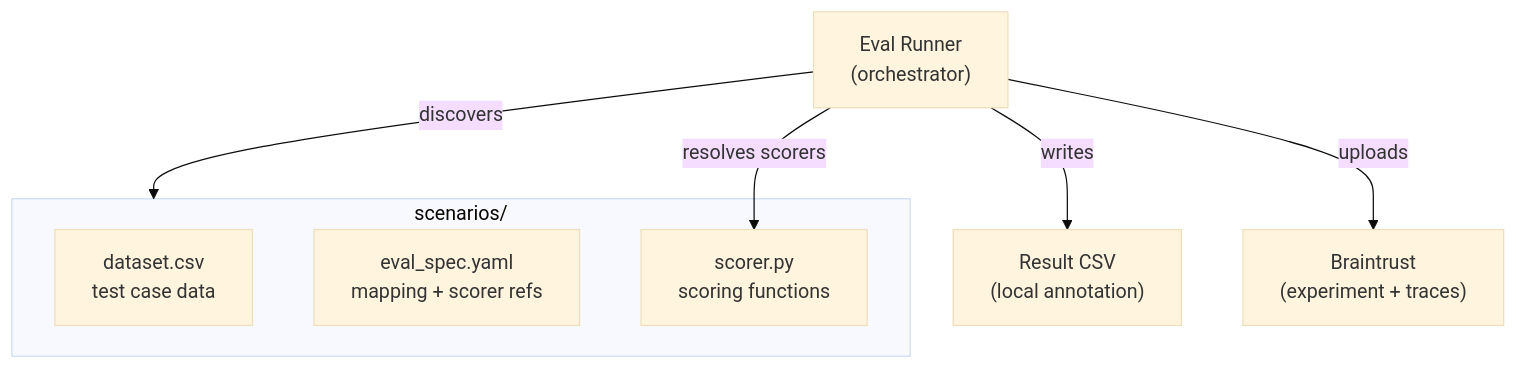
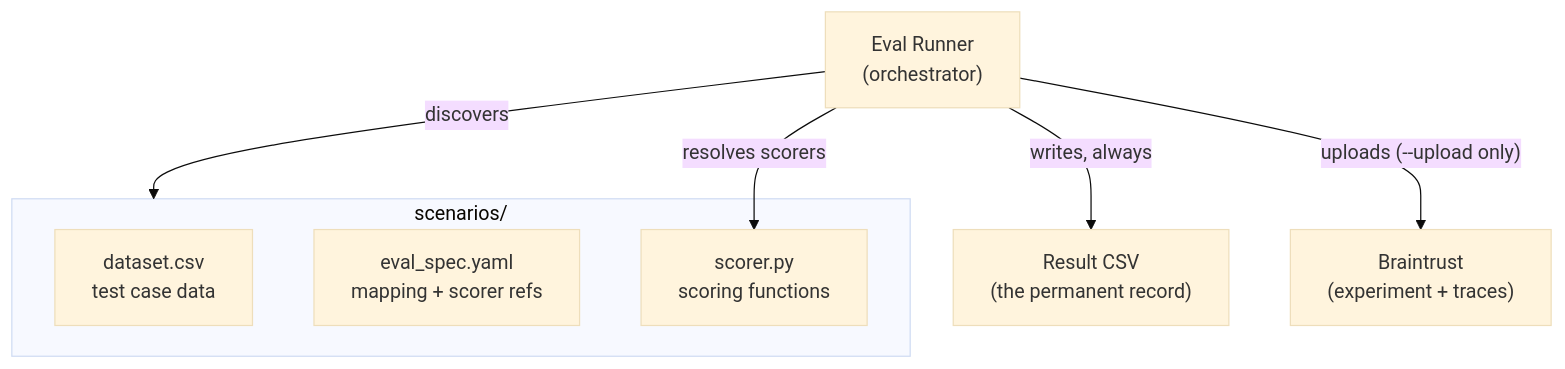
Before and after one commit to wei-yiting/fin-lab-x: the first of 3 diagrams in backend/evals/ARCHITECTURE.md, drawn with Mermaid (base theme). The commit also changed other lines of this file and 7 other files, not shown here.

````diff
--- a/backend/evals/ARCHITECTURE.md
+++ b/backend/evals/ARCHITECTURE.md
@@ -7,16 +7,16 @@
 ```mermaid
 graph TB
     Runner["Eval Runner<br/>(orchestrator)"]
 
     subgraph Scenarios["scenarios/"]
         CSV["dataset.csv<br/>test case data"]
         Config["eval_spec.yaml<br/>mapping + scorer refs"]
         Scorers["scorer.py<br/>scoring functions"]
     end
 
     Runner -->|discovers| Scenarios
     Runner -->|resolves scorers| Scorers
 
-    Runner -->|writes| ResultCSV["Result CSV<br/>(local annotation)"]
-    Runner -->|uploads| BT["Braintrust<br/>(experiment + traces)"]
+    Runner -->|writes, always| ResultCSV["Result CSV<br/>(the permanent record)"]
+    Runner -->|"uploads (--upload only)"| BT["Braintrust<br/>(experiment + traces)"]
 ```
````
